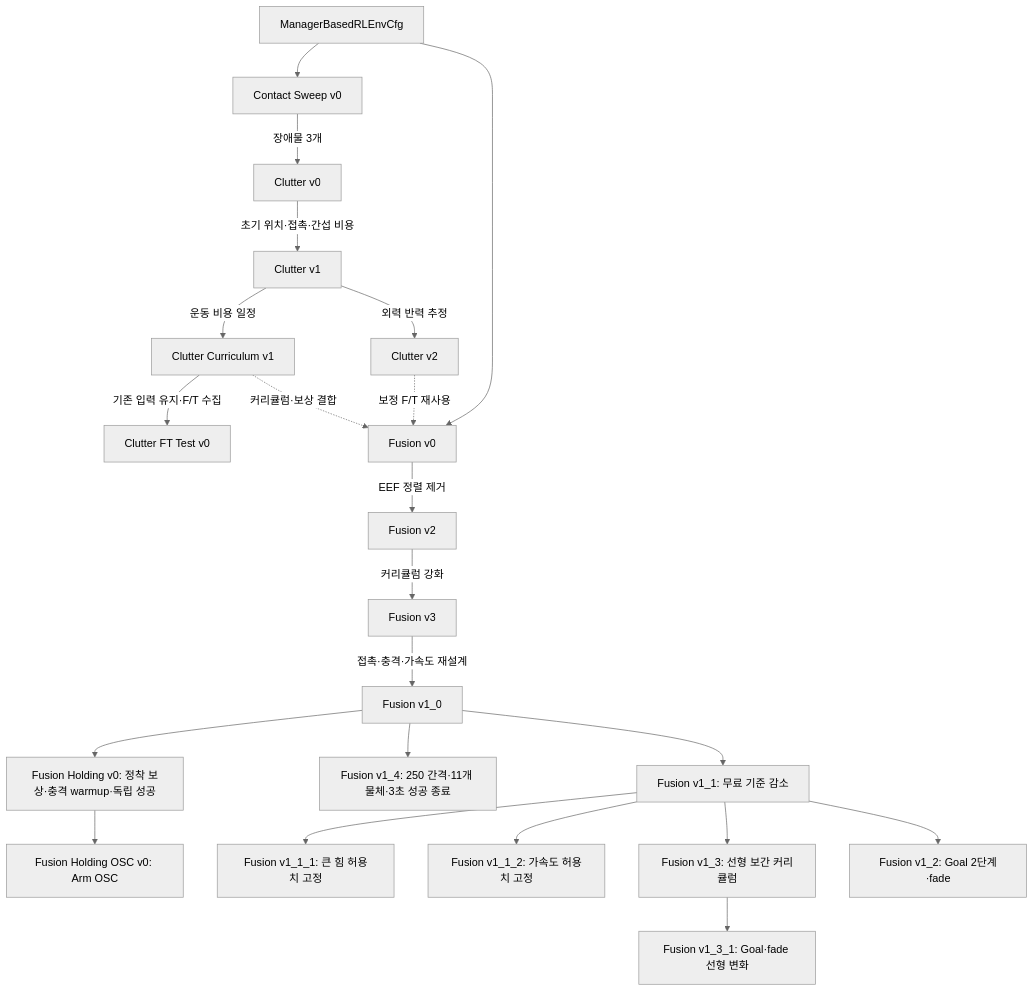
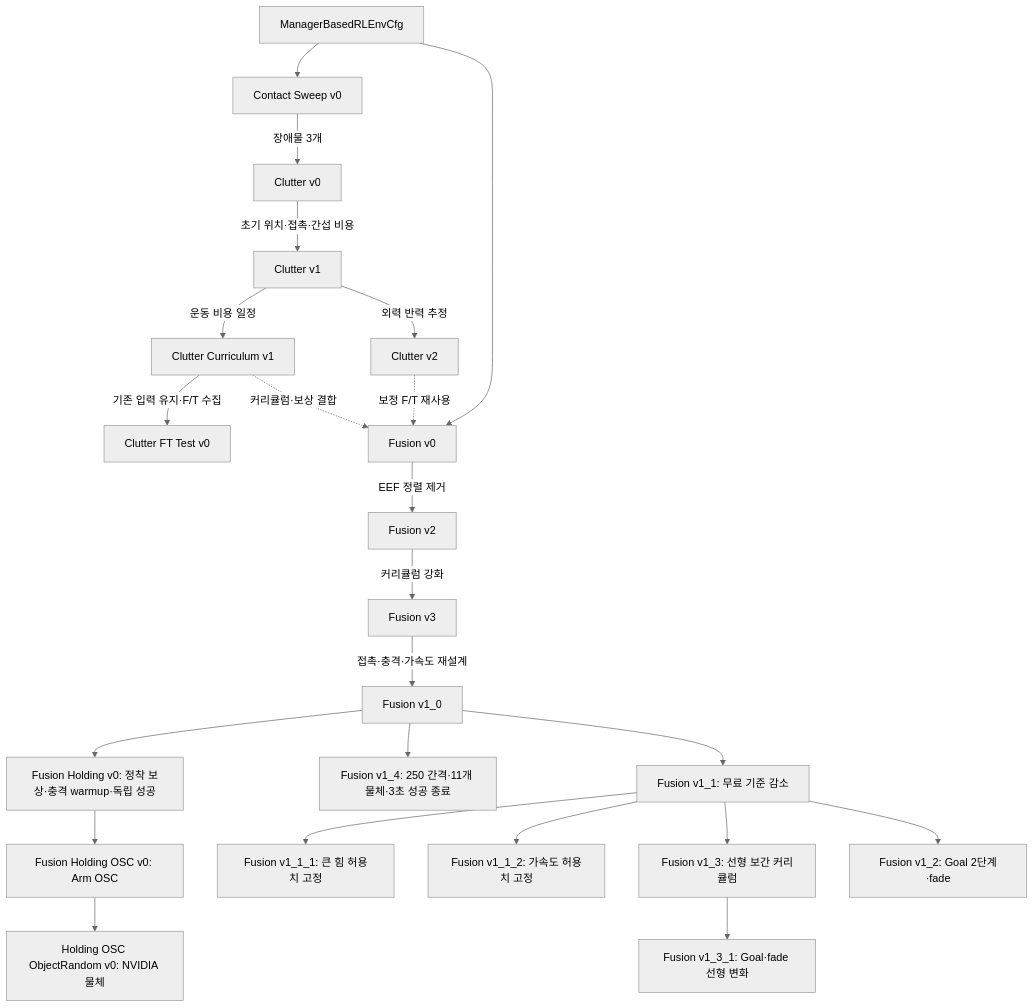
The fourth of 4 diagrams in 02_implementation/environments/ENVIRONMENT_EVOLUTION.md (7cmdehdrb/Contact-Rich-Manipulation-Context), drawn with Mermaid (neutral theme) before and after one commit. The commit also changed other lines of this file and 6 other files, not shown here.

First line of the commit message:
Add Holding OSC ObjectRandom v0 environment and related documentation

````diff
--- a/02_implementation/environments/ENVIRONMENT_EVOLUTION.md
+++ b/02_implementation/environments/ENVIRONMENT_EVOLUTION.md
@@ -115,35 +115,36 @@
 ```mermaid
 flowchart TD
     M["ManagerBasedRLEnvCfg"]
     C["Contact Sweep v0"]
     C0["Clutter v0"]
     C1["Clutter v1"]
     CC["Clutter Curriculum v1"]
     C2["Clutter v2"]
     FT["Clutter FT Test v0"]
     F0["Fusion v0"]
     F2["Fusion v2"]
     F3["Fusion v3"]
     F10["Fusion v1_0"]
     F10 --> FH["Fusion Holding v0: 정착 보상·충격 warmup·독립 성공"]
     FH --> FHO["Fusion Holding OSC v0: Arm OSC"]
+    FHO --> FHOR["Holding OSC ObjectRandom v0: NVIDIA 물체"]
     F10 --> F14["Fusion v1_4: 250 간격·11개 물체·3초 성공 종료"]
     F10 --> F11["Fusion v1_1: 무료 기준 감소"]
     F11 --> F111["Fusion v1_1_1: 큰 힘 허용치 고정"]
     F11 --> F112["Fusion v1_1_2: 가속도 허용치 고정"]
     F11 --> F13["Fusion v1_3: 선형 보간 커리큘럼"]
     F13 --> F131["Fusion v1_3_1: Goal·fade 선형 변화"]
     F11 --> F12["Fusion v1_2: Goal 2단계·fade"]
     M --> C
     C -->|"장애물 3개"| C0
     C0 -->|"초기 위치·접촉·간섭 비용"| C1
     C1 -->|"운동 비용 일정"| CC
     C1 -->|"외력 반력 추정"| C2
     CC -->|"기존 입력 유지·F/T 수집"| FT
     M --> F0
     CC -. "커리큘럼·보상 결합" .-> F0
     C2 -. "보정 F/T 재사용" .-> F0
     F0 -->|"EEF 정렬 제거"| F2
     F2 -->|"커리큘럼 강화"| F3
     F3 -->|"접촉·충격·가속도 재설계"| F10
 ```
````
